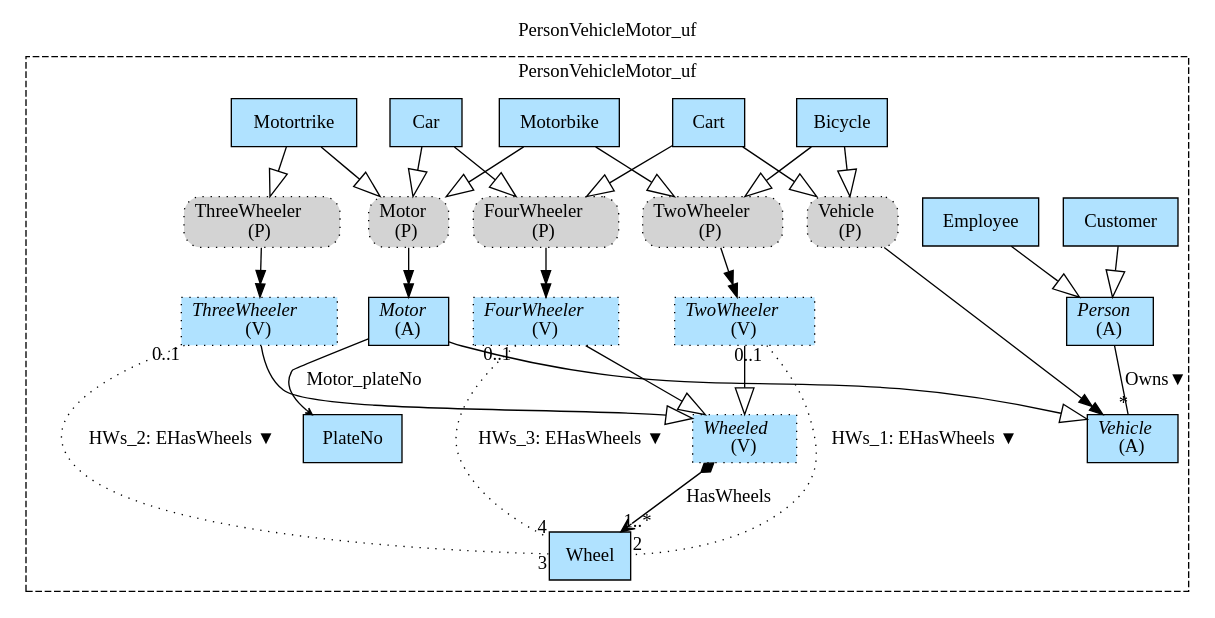
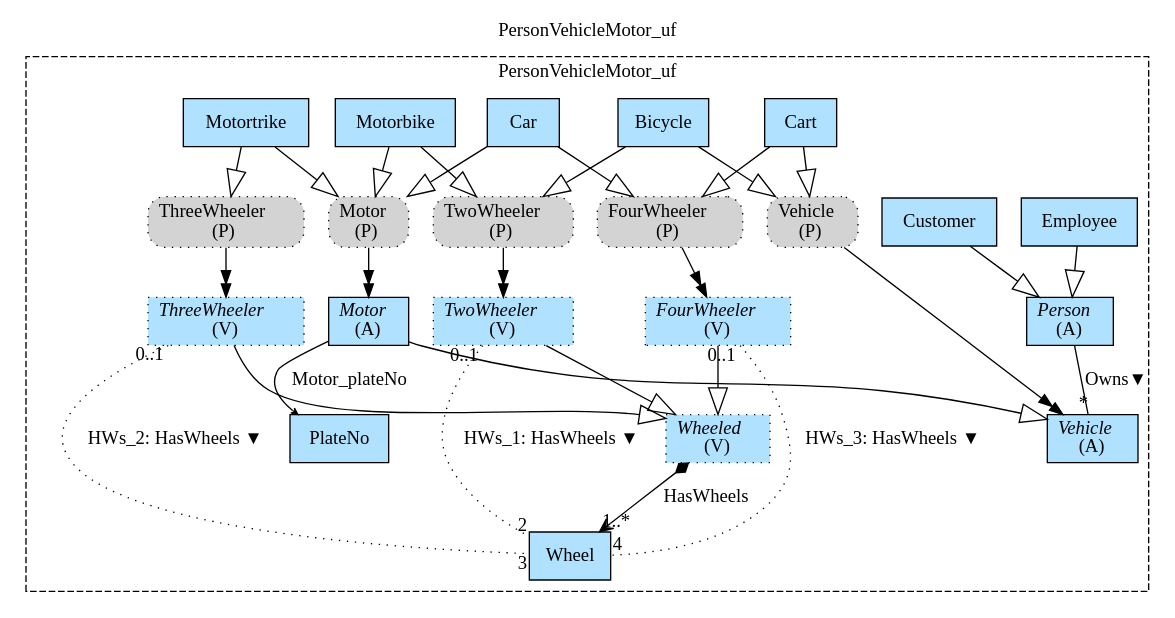
One commit to namalio/Fragmenta changed the diagram in Haskell/FragmentaTests/FrPersonVehicleMotor/img/PersonVehicleMotor_uf.gv. Above: the diagram before and after it, drawn with Graphviz. The commit also changed 109 other files, not shown here.

```diff
--- a/Haskell/FragmentaTests/FrPersonVehicleMotor/img/PersonVehicleMotor_uf.gv
+++ b/Haskell/FragmentaTests/FrPersonVehicleMotor/img/PersonVehicleMotor_uf.gv
@@ -1,54 +1,54 @@
 digraph {graph[label=PersonVehicleMotor_uf,labelloc=tl,labelfontsize=12];
 subgraph cluster_PersonVehicleMotor_uf{style=dashed;label=PersonVehicleMotor_uf;
-"PlateNo"[shape=record,fillcolor=lightskyblue1,style = filled,label="PlateNo"];
+"Person"[shape=record,fillcolor=lightskyblue1,style = filled,label=<{<I>Person</I><br/>(A)}>];
+"Vehicle"[shape=record,fillcolor=lightskyblue1,style = filled,label=<{<I>Vehicle</I><br/>(A)}>];
+"Motor"[shape=record,fillcolor=lightskyblue1,style = filled,label=<{<I>Motor</I><br/>(A)}>];
 "Employee"[shape=record,fillcolor=lightskyblue1,style = filled,label="Employee"];
 "Customer"[shape=record,fillcolor=lightskyblue1,style = filled,label="Customer"];
-"Person"[shape=record,fillcolor=lightskyblue1,style = filled,label=<{<I>Person</I><br/>(A)}>];
-"Motor"[shape=record,fillcolor=lightskyblue1,style = filled,label=<{<I>Motor</I><br/>(A)}>];
-"Vehicle"[shape=record,fillcolor=lightskyblue1,style = filled,label=<{<I>Vehicle</I><br/>(A)}>];
-"PMotor"[shape=box,fillcolor=lightgray,style ="rounded,filled,dotted",label=<Motor<br/>(P)>];
-"PVehicle"[shape=box,fillcolor=lightgray,style ="rounded,filled,dotted",label=<Vehicle<br/>(P)>];
-"Cart"[shape=record,fillcolor=lightskyblue1,style = filled,label="Cart"];
-"Bicycle"[shape=record,fillcolor=lightskyblue1,style = filled,label="Bicycle"];
-"Motorbike"[shape=record,fillcolor=lightskyblue1,style = filled,label="Motorbike"];
-"PTwoWheeler"[shape=box,fillcolor=lightgray,style ="rounded,filled,dotted",label=<TwoWheeler<br/>(P)>];
-"Car"[shape=record,fillcolor=lightskyblue1,style = filled,label="Car"];
-"PFourWheeler"[shape=box,fillcolor=lightgray,style ="rounded,filled,dotted",label=<FourWheeler<br/>(P)>];
-"Motortrike"[shape=record,fillcolor=lightskyblue1,style = filled,label="Motortrike"];
-"PThreeWheeler"[shape=box,fillcolor=lightgray,style ="rounded,filled,dotted",label=<ThreeWheeler<br/>(P)>];
+"PlateNo"[shape=record,fillcolor=lightskyblue1,style = filled,label="PlateNo"];
 "Wheeled"[shape=record,fillcolor=lightskyblue1,style ="filled,dotted",label=<{<I>Wheeled</I><br/>(V)}>];
 "TwoWheeler"[shape=record,fillcolor=lightskyblue1,style ="filled,dotted",label=<{<I>TwoWheeler</I><br/>(V)}>];
 "ThreeWheeler"[shape=record,fillcolor=lightskyblue1,style ="filled,dotted",label=<{<I>ThreeWheeler</I><br/>(V)}>];
 "FourWheeler"[shape=record,fillcolor=lightskyblue1,style ="filled,dotted",label=<{<I>FourWheeler</I><br/>(V)}>];
 "Wheel"[shape=record,fillcolor=lightskyblue1,style = filled,label="Wheel"];
+"PFourWheeler"[shape=box,fillcolor=lightgray,style ="rounded,filled,dotted",label=<FourWheeler<br/>(P)>];
+"PThreeWheeler"[shape=box,fillcolor=lightgray,style ="rounded,filled,dotted",label=<ThreeWheeler<br/>(P)>];
+"PTwoWheeler"[shape=box,fillcolor=lightgray,style ="rounded,filled,dotted",label=<TwoWheeler<br/>(P)>];
+"Cart"[shape=record,fillcolor=lightskyblue1,style = filled,label="Cart"];
+"Bicycle"[shape=record,fillcolor=lightskyblue1,style = filled,label="Bicycle"];
+"Motortrike"[shape=record,fillcolor=lightskyblue1,style = filled,label="Motortrike"];
+"Motorbike"[shape=record,fillcolor=lightskyblue1,style = filled,label="Motorbike"];
+"Car"[shape=record,fillcolor=lightskyblue1,style = filled,label="Car"];
+"PVehicle"[shape=box,fillcolor=lightgray,style ="rounded,filled,dotted",label=<Vehicle<br/>(P)>];
+"PMotor"[shape=box,fillcolor=lightgray,style ="rounded,filled,dotted",label=<Motor<br/>(P)>];
 
 "Person"->"Vehicle"[label="Owns▼",dir=none,taillabel="",headlabel="*"];
 "Motor"->"PlateNo"[label="Motor_plateNo",arrowhead=vee,headlabel="",arrowsize=.5];
 "Employee"->"Person"[arrowhead=onormal,arrowsize=2.0];
 "Customer"->"Person"[arrowhead=onormal,arrowsize=2.0];
 "Motor"->"Vehicle"[arrowhead=onormal,arrowsize=2.0];
-"Car"->"PMotor"[arrowhead=onormal,arrowsize=2.0];
-"Motorbike"->"PMotor"[arrowhead=onormal,arrowsize=2.0];
-"Motortrike"->"PMotor"[arrowhead=onormal,arrowsize=2.0];
-"Bicycle"->"PVehicle"[arrowhead=onormal,arrowsize=2.0];
-"Cart"->"PVehicle"[arrowhead=onormal,arrowsize=2.0];
-"Cart"->"PFourWheeler"[arrowhead=onormal,arrowsize=2.0];
-"Bicycle"->"PTwoWheeler"[arrowhead=onormal,arrowsize=2.0];
-"Motorbike"->"PTwoWheeler"[arrowhead=onormal,arrowsize=2.0];
-"Car"->"PFourWheeler"[arrowhead=onormal,arrowsize=2.0];
-"Motortrike"->"PThreeWheeler"[arrowhead=onormal,arrowsize=2.0];
 "TwoWheeler"->"Wheeled"[arrowhead=onormal,arrowsize=2.0];
 "ThreeWheeler"->"Wheeled"[arrowhead=onormal,arrowsize=2.0];
 "FourWheeler"->"Wheeled"[arrowhead=onormal,arrowsize=2.0];
 "Wheeled"->"Wheel"[label="HasWheels",arrowhead=vee,arrowtail=diamond,dir=both,headlabel="1..*"];
-"TwoWheeler"->"Wheel"[label="HWs_1: EHasWheels ▼",dir=none,taillabel="0..1",headlabel="2",style=dotted];
-"ThreeWheeler"->"Wheel"[label="HWs_2: EHasWheels ▼",dir=none,taillabel="0..1",headlabel="3",style=dotted];
-"FourWheeler"->"Wheel"[label="HWs_3: EHasWheels ▼",dir=none,taillabel="0..1",headlabel="4",style=dotted];
+"TwoWheeler"->"Wheel"[label="HWs_1: HasWheels ▼",dir=none,taillabel="0..1",headlabel="2",style=dotted];
+"ThreeWheeler"->"Wheel"[label="HWs_2: HasWheels ▼",dir=none,taillabel="0..1",headlabel="3",style=dotted];
+"FourWheeler"->"Wheel"[label="HWs_3: HasWheels ▼",dir=none,taillabel="0..1",headlabel="4",style=dotted];
+"Motortrike"->"PThreeWheeler"[arrowhead=onormal,arrowsize=2.0];
+"Car"->"PFourWheeler"[arrowhead=onormal,arrowsize=2.0];
+"Motorbike"->"PTwoWheeler"[arrowhead=onormal,arrowsize=2.0];
+"Bicycle"->"PTwoWheeler"[arrowhead=onormal,arrowsize=2.0];
+"Cart"->"PFourWheeler"[arrowhead=onormal,arrowsize=2.0];
+"Cart"->"PVehicle"[arrowhead=onormal,arrowsize=2.0];
+"Bicycle"->"PVehicle"[arrowhead=onormal,arrowsize=2.0];
+"Motortrike"->"PMotor"[arrowhead=onormal,arrowsize=2.0];
+"Motorbike"->"PMotor"[arrowhead=onormal,arrowsize=2.0];
+"Car"->"PMotor"[arrowhead=onormal,arrowsize=2.0];
 
 }
-"PMotor"->"Motor"[arrowhead=normalnormal];
 "PVehicle"->"Vehicle"[arrowhead=normalnormal];
-"PTwoWheeler"->"TwoWheeler"[arrowhead=normalnormal];
 "PThreeWheeler"->"ThreeWheeler"[arrowhead=normalnormal];
 "PFourWheeler"->"FourWheeler"[arrowhead=normalnormal];
+"PTwoWheeler"->"TwoWheeler"[arrowhead=normalnormal];
+"PMotor"->"Motor"[arrowhead=normalnormal];
 }
```
